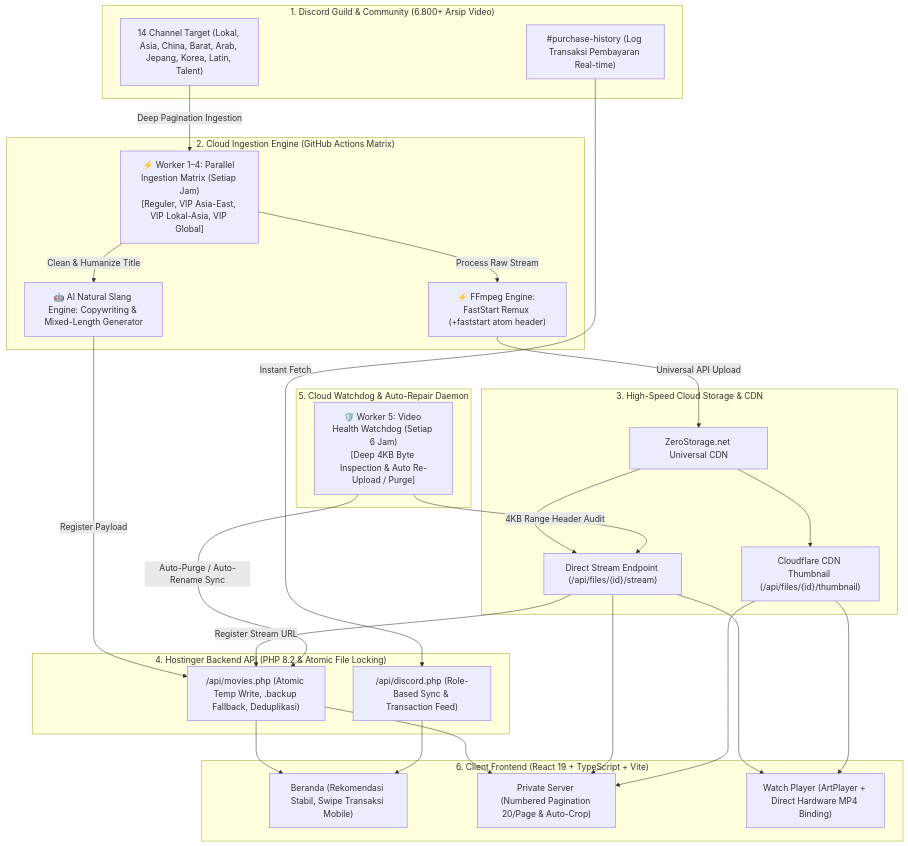
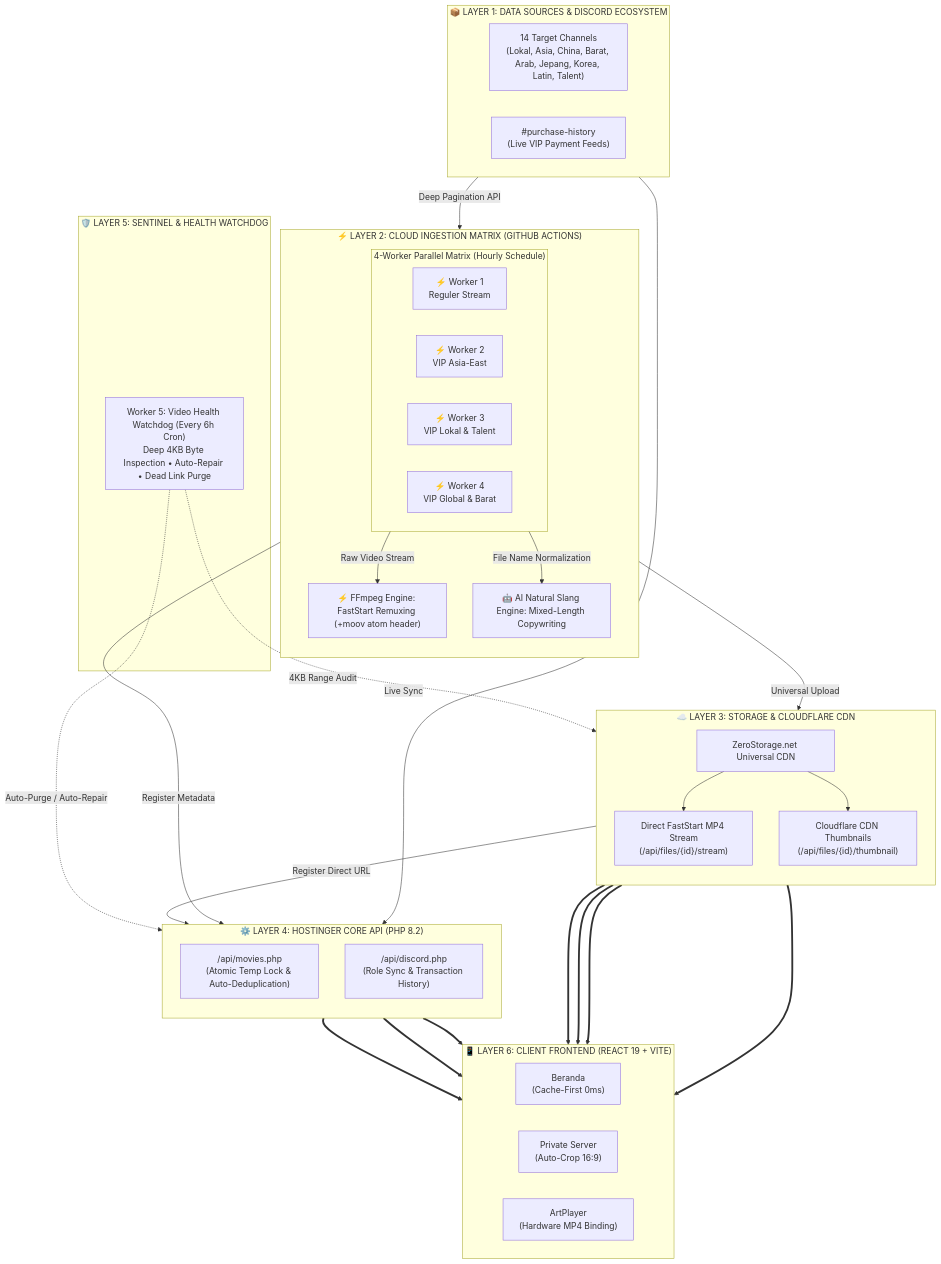
Before and after one commit to YerikhoArfensiasEffendi/sekolahnakal: the diagram in README.md, drawn with Mermaid. The commit also changed other lines of this file, not shown here.

Commit message:
docs(readme): redesign Mermaid flowchart with clean layered architecture and ASCII diagram

````diff
--- a/README.md
+++ b/README.md
@@ -30,55 +30,73 @@
 ```mermaid
 flowchart TD
-    subgraph S1["1. Discord Guild & Community (6.800+ Arsip Video)"]
-        DC_CHANNELS["14 Channel Target (Lokal, Asia, China, Barat, Arab, Jepang, Korea, Latin, Talent)"]
-        DC_PURCHASE["#purchase-history (Log Transaksi Pembayaran Real-time)"]
+    %% SUBGRAPH 1: DATA INGESTION SOURCE
+    subgraph G1["📦 LAYER 1: DATA SOURCES & DISCORD ECOSYSTEM"]
+        direction LR
+        SRC_MEDIA["14 Target Channels\n(Lokal, Asia, China, Barat, Arab, Jepang, Korea, Latin, Talent)"]
+        SRC_FEED["#purchase-history\n(Live VIP Payment Feeds)"]
     end
 
-    subgraph S2["2. Cloud Ingestion Engine (GitHub Actions Matrix)"]
-        W_INGEST["⚡ Worker 1–4: Parallel Ingestion Matrix (Setiap Jam)\n[Reguler, VIP Asia-East, VIP Lokal-Asia, VIP Global]"]
-        FFMPEG["⚡ FFmpeg Engine: FastStart Remux (+faststart atom header)"]
-        AI_TITLE["🤖 AI Natural Slang Engine: Copywriting & Mixed-Length Generator"]
+    %% SUBGRAPH 2: INGESTION WORKERS
+    subgraph G2["⚡ LAYER 2: CLOUD INGESTION MATRIX (GITHUB ACTIONS)"]
+        direction TB
+        subgraph G2_WORKERS["4-Worker Parallel Matrix (Hourly Schedule)"]
+            direction LR
+            W1["⚡ Worker 1\nReguler Stream"]
+            W2["⚡ Worker 2\nVIP Asia-East"]
+            W3["⚡ Worker 3\nVIP Lokal & Talent"]
+            W4["⚡ Worker 4\nVIP Global & Barat"]
+        end
+        FFMPEG["⚡ FFmpeg Engine: FastStart Remuxing (+moov atom header)"]
+        AI_TITLE["🤖 AI Natural Slang Engine: Mixed-Length Copywriting"]
     end
 
-    subgraph S3["3. High-Speed Cloud Storage & CDN"]
-        ZS_STORAGE["ZeroStorage.net Universal CDN"]
-        ZS_STREAM["Direct Stream Endpoint (/api/files/{id}/stream)"]
-        ZS_THUMB["Cloudflare CDN Thumbnail (/api/files/{id}/thumbnail)"]
+    %% SUBGRAPH 3: STORAGE & CDN
+    subgraph G3["☁️ LAYER 3: STORAGE & CLOUDFLARE CDN"]
+        direction TB
+        ZS_CORE["ZeroStorage.net Universal CDN"]
+        ZS_STREAM["Direct FastStart MP4 Stream\n(/api/files/{id}/stream)"]
+        ZS_THUMB["Cloudflare CDN Thumbnails\n(/api/files/{id}/thumbnail)"]
     end
 
-    subgraph S4["4. Hostinger Backend API (PHP 8.2 & Atomic File Locking)"]
-        API_MOVIES["/api/movies.php (Atomic Temp Write, .backup Fallback, Deduplikasi)"]
-        API_DISCORD["/api/discord.php (Role-Based Sync & Transaction Feed)"]
+    %% SUBGRAPH 4: BACKEND API
+    subgraph G4["⚙️ LAYER 4: HOSTINGER CORE API (PHP 8.2)"]
+        direction TB
+        API_MOVIES["/api/movies.php\n(Atomic Temp Lock & Auto-Deduplication)"]
+        API_DISCORD["/api/discord.php\n(Role Sync & Transaction History)"]
     end
 
-    subgraph S5["5. Cloud Watchdog & Auto-Repair Daemon"]
-        W5_WATCHDOG["🛡️ Worker 5: Video Health Watchdog (Setiap 6 Jam)\n[Deep 4KB Byte Inspection & Auto Re-Upload / Purge]"]
+    %% SUBGRAPH 5: HEALTH SENTINEL
+    subgraph G5["🛡️ LAYER 5: SENTINEL & HEALTH WATCHDOG"]
+        W5["Worker 5: Video Health Watchdog (Every 6h Cron)\nDeep 4KB Byte Inspection • Auto-Repair • Dead Link Purge"]
     end
 
-    subgraph S6["6. Client Frontend (React 19 + TypeScript + Vite)"]
-        CLIENT_HOME["Beranda (Rekomendasi Stabil, Swipe Transaksi Mobile)"]
-        CLIENT_PRIVATE["Private Server (Numbered Pagination 20/Page & Auto-Crop)"]
-        CLIENT_WATCH["Watch Player (ArtPlayer + Direct Hardware MP4 Binding)"]
+    %% SUBGRAPH 6: CLIENT APP
+    subgraph G6["📱 LAYER 6: CLIENT FRONTEND (REACT 19 + VITE)"]
+        direction LR
+        APP_HOME["Beranda\n(Cache-First 0ms)"]
+        APP_PRIVATE["Private Server\n(Auto-Crop 16:9)"]
+        APP_WATCH["ArtPlayer\n(Hardware MP4 Binding)"]
     end
 
-    %% Pipeline Data Flow
-    DC_CHANNELS -->|Deep Pagination Ingestion| W_INGEST
-    W_INGEST -->|Process Raw Stream| FFMPEG
-    W_INGEST -->|Clean & Humanize Title| AI_TITLE
-    FFMPEG -->|Universal API Upload| ZS_STORAGE
-    ZS_STORAGE --> ZS_STREAM & ZS_THUMB
-    AI_TITLE -->|Register Payload| API_MOVIES
-    ZS_STREAM -->|Register Stream URL| API_MOVIES
-    
-    %% Watchdog Flow
-    W5_WATCHDOG -->|4KB Range Header Audit| ZS_STREAM
-    W5_WATCHDOG -->|Auto-Purge / Auto-Rename Sync| API_MOVIES
-    
-    %% Discord Live Sync Flow
-    DC_PURCHASE -->|Instant Fetch| API_DISCORD
-    
-    %% Frontend Consumption
-    API_MOVIES --> CLIENT_HOME & CLIENT_PRIVATE
-    API_DISCORD --> CLIENT_HOME
-    ZS_STREAM & ZS_THUMB --> CLIENT_WATCH & CLIENT_PRIVATE
+    %% PIPELINE CONNECTIONS
+    SRC_MEDIA -->|Deep Pagination API| G2_WORKERS
+    SRC_FEED -->|Live Sync| API_DISCORD
+
+    G2_WORKERS -->|Raw Video Stream| FFMPEG
+    G2_WORKERS -->|File Name Normalization| AI_TITLE
+
+    FFMPEG -->|Universal Upload| ZS_CORE
+    ZS_CORE --> ZS_STREAM & ZS_THUMB
+
+    AI_TITLE -->|Register Metadata| API_MOVIES
+    ZS_STREAM -->|Register Direct URL| API_MOVIES
+
+    %% SENTINEL AUDIT
+    W5 -.->|4KB Range Audit| ZS_STREAM
+    W5 -.->|Auto-Purge / Auto-Repair| API_MOVIES
+
+    %% CLIENT CONSUMPTION
+    API_MOVIES ==> APP_HOME & APP_PRIVATE
+    API_DISCORD ==> APP_HOME
+    ZS_STREAM & ZS_THUMB ==> APP_WATCH & APP_PRIVATE
 ```
````
